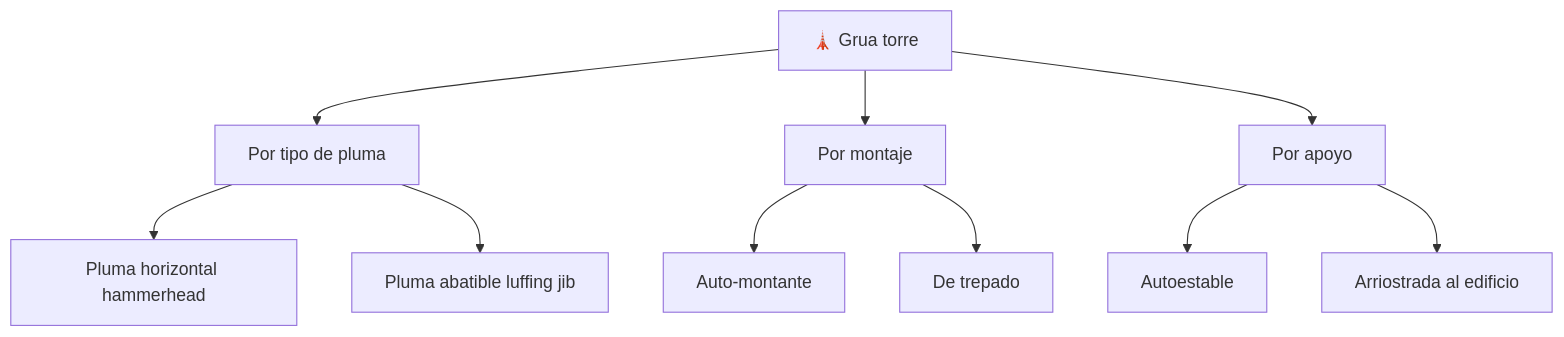
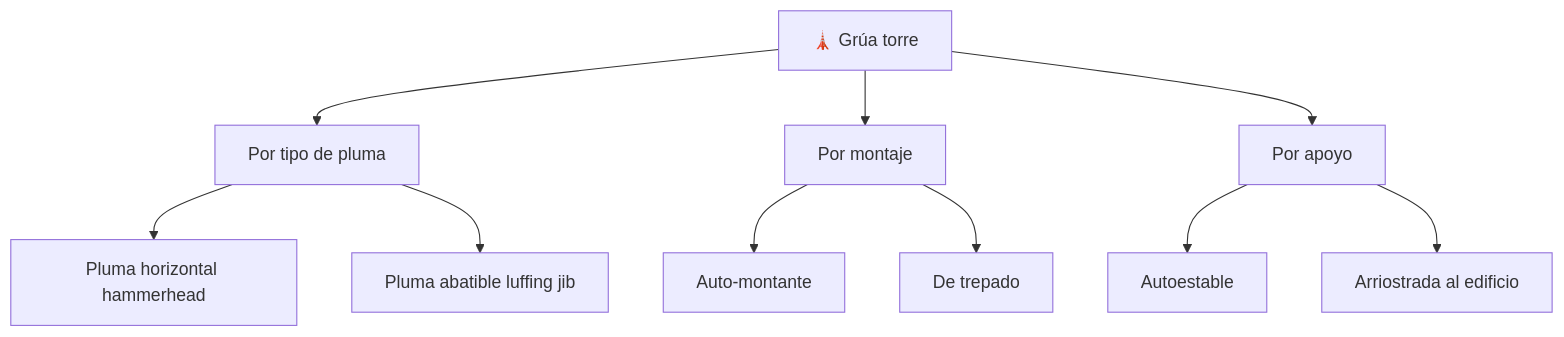
One commit to vladimiracunadev-create/machine-operator-program changed the diagram in vehiculos/grua-torre/operacion/caracteristicas-grua-torre.md. Above: the diagram before and after it, drawn with Mermaid. The commit also changed other lines of this file and 442 other files, not shown here.

````diff
--- a/vehiculos/grua-torre/operacion/caracteristicas-grua-torre.md
+++ b/vehiculos/grua-torre/operacion/caracteristicas-grua-torre.md
@@ -35,12 +35,12 @@
 ```mermaid
 flowchart TD
-    Grua[🗼 Grua torre] --> Pluma[Por tipo de pluma]
+    Grua[🗼 Grúa torre] --> Pluma[Por tipo de pluma]
     Grua --> Montaje[Por montaje]
     Grua --> Apoyo[Por apoyo]
     Pluma --> Horizontal[Pluma horizontal hammerhead]
     Pluma --> Abatible[Pluma abatible luffing jib]
     Montaje --> Auto[Auto-montante]
     Montaje --> Trepado[De trepado]
     Apoyo --> Autoestable[Autoestable]
     Apoyo --> Arriostrada[Arriostrada al edificio]
 ```
````
